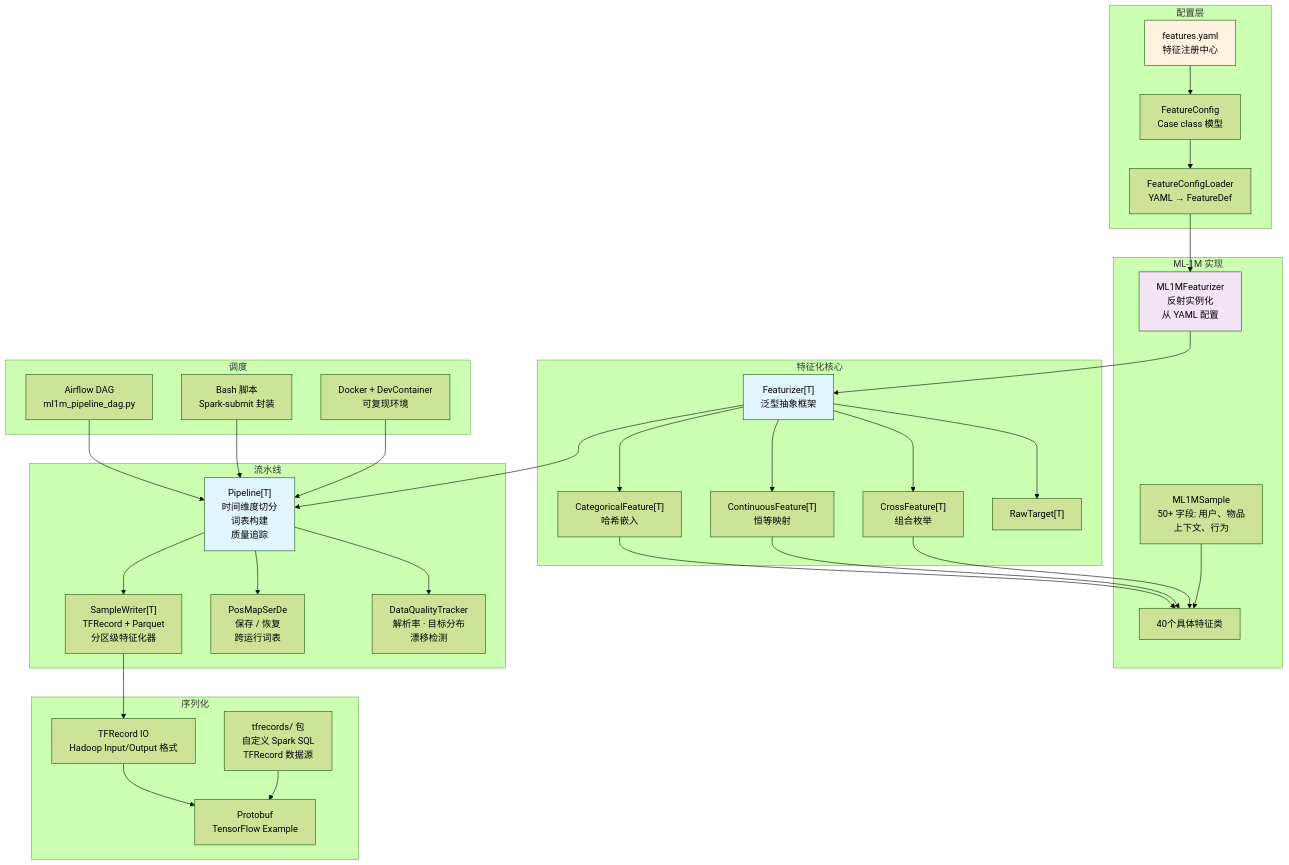
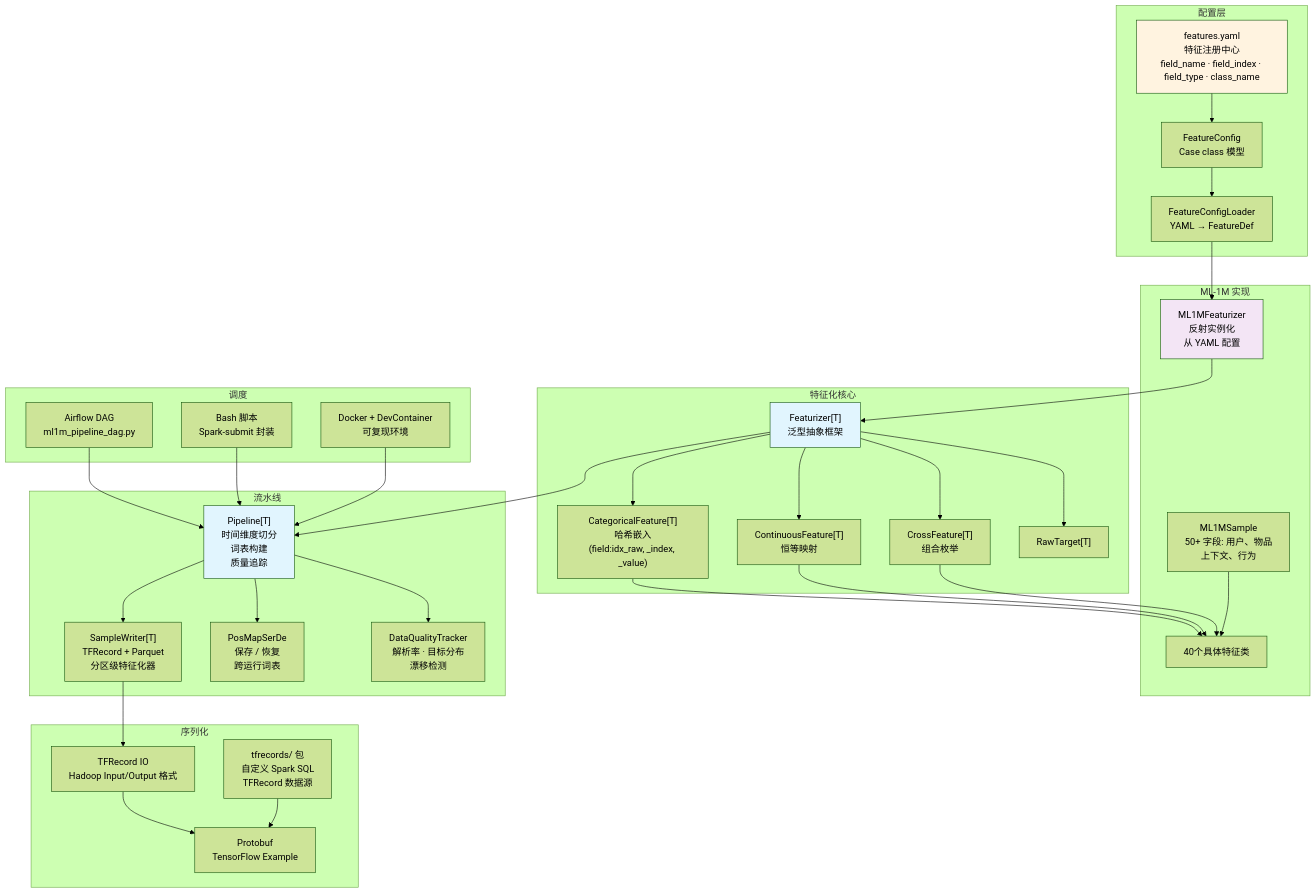
The second of 2 diagrams in README_CH.md (shardzhang/gerbil-data), drawn with Mermaid (forest theme) before and after one commit. The commit also changed other lines of this file and 6 other files, not shown here.

Commit message:
refactor: support shared field_index in pos-map serialization, update README and YAML config

````diff
--- a/README_CH.md
+++ b/README_CH.md
@@ -136,58 +136,58 @@
 ```mermaid
 flowchart TD
     subgraph Config[配置层]
-        YAML[features.yaml<br/>特征注册中心]
+        YAML[features.yaml<br/>特征注册中心<br/>field_name · field_index · field_type · class_name]
         FC[FeatureConfig<br/>Case class 模型]
         CL[FeatureConfigLoader<br/>YAML → FeatureDef]
     end
 
     subgraph Core[特征化核心]
         FE["Featurizer[T]<br/>泛型抽象框架"]
-        CF["CategoricalFeature[T]<br/>哈希嵌入<br/>"]
+        CF["CategoricalFeature[T]<br/>哈希嵌入<br/>(field:idx_raw, _index, _value)"]
         COF["ContinuousFeature[T]<br/>恒等映射"]
         XF["CrossFeature[T]<br/>组合枚举"]
         RT["RawTarget[T]"]
     end
 
     subgraph ML1M[ML-1M 实现]
         MF[ML1MFeaturizer<br/>反射实例化<br/>从 YAML 配置]
         MS[ML1MSample<br/>50+ 字段: 用户、物品<br/>上下文、行为]
         UF[40个具体特征类]
     end
 
     subgraph Pipe[流水线]
         PL["Pipeline[T]<br/>时间维度切分<br/>词表构建<br/>质量追踪"]
         SW["SampleWriter[T]<br/>TFRecord + Parquet<br/>分区级特征化器"]
         PS[PosMapSerDe<br/>保存 / 恢复<br/>跨运行词表]
         QT[DataQualityTracker<br/>解析率 · 目标分布<br/>漂移检测]
     end
 
     subgraph Serde[序列化]
         TR[tfrecords/ 包<br/>自定义 Spark SQL<br/>TFRecord 数据源]
         TF[TFRecord IO<br/>Hadoop Input/Output 格式]
         PB[Protobuf<br/>TensorFlow Example]
     end
 
     subgraph Sched[调度]
         AD[Airflow DAG<br/>ml1m_pipeline_dag.py]
         SP[Bash 脚本<br/>Spark-submit 封装]
         DV[Docker + DevContainer<br/>可复现环境]
     end
 
     YAML --> FC --> CL --> MF
     MF --> FE
     FE --> CF & COF & XF & RT
     CF & COF & XF --> UF
     MS --> UF
     FE --> PL
     PL --> SW & PS & QT
     SW --> TF
     TF --> PB
     TR --> PB
     AD & SP & DV --> PL
 
     style FE fill:#e1f5fe
     style PL fill:#e1f5fe
     style YAML fill:#fff3e0
     style MF fill:#f3e5f5
 ```
````
